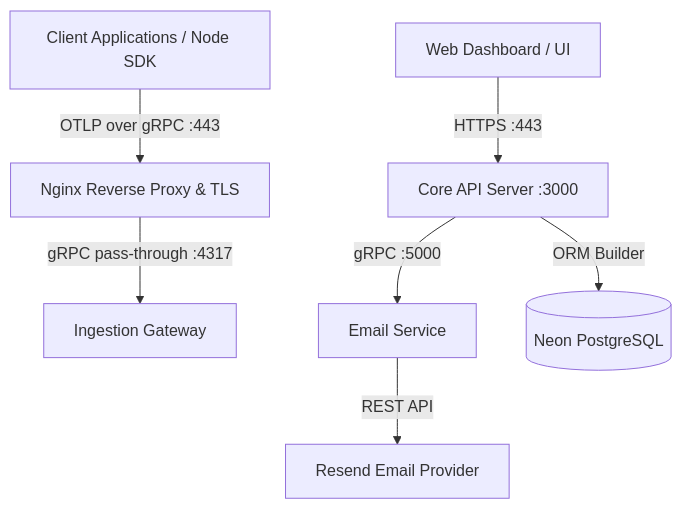
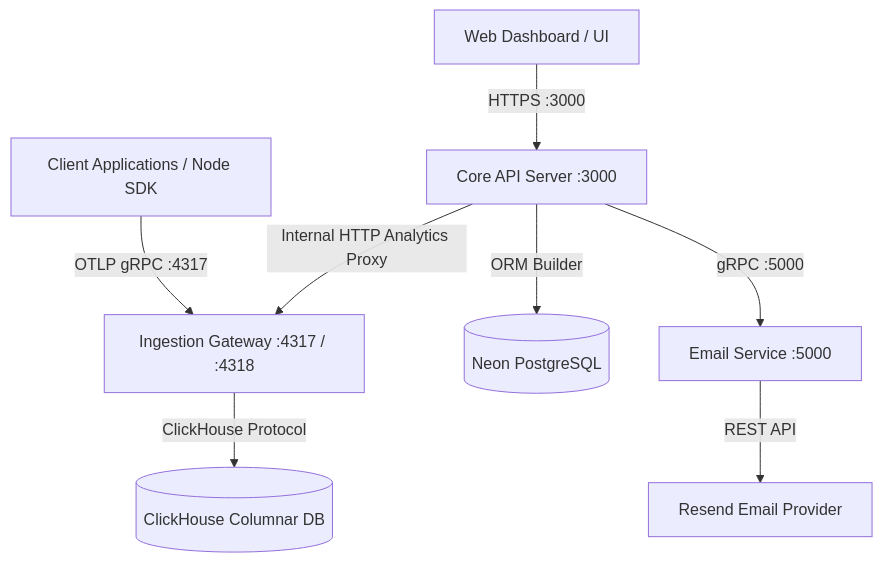
Before and after one commit to anmolsaxena20/Agamotto: the diagram in README.md, drawn with Mermaid. The commit also changed other lines of this file and 6 other files, not shown here.

````diff
--- a/README.md
+++ b/README.md
@@ -11,11 +11,12 @@
 ```mermaid
 flowchart TD
-    ClientApps[Client Applications / Node SDK] -->|OTLP over gRPC :443| Nginx[Nginx Reverse Proxy & TLS]
-    Nginx -->|gRPC pass-through :4317| IngestGateway[Ingestion Gateway]
+    ClientApps[Client Applications / Node SDK] -->|OTLP gRPC :4317| IngestGateway[Ingestion Gateway :4317 / :4318]
+    IngestGateway -->|ClickHouse Protocol| ClickHouse[(ClickHouse Columnar DB)]
     
-    WebBrowser[Web Dashboard / UI] -->|HTTPS :443| Server[Core API Server :3000]
-    Server -->|gRPC :5000| EmailService[Email Service]
+    WebBrowser[Web Dashboard / UI] -->|HTTPS :3000| Server[Core API Server :3000]
+    Server -->|gRPC :5000| EmailService[Email Service :5000]
     Server -->|ORM Builder| NeonDB[(Neon PostgreSQL)]
+    Server -->|Internal HTTP Analytics Proxy| IngestGateway
     
     EmailService -->|REST API| Resend[Resend Email Provider]
 ```
````
